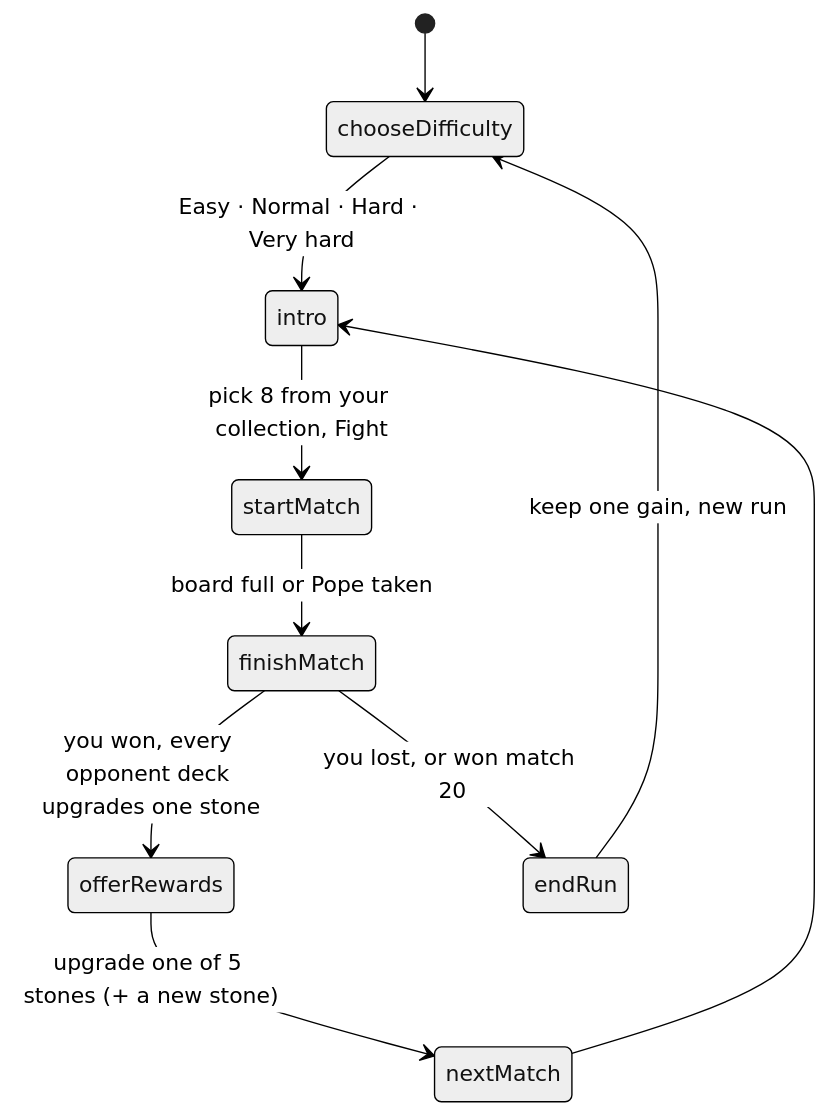
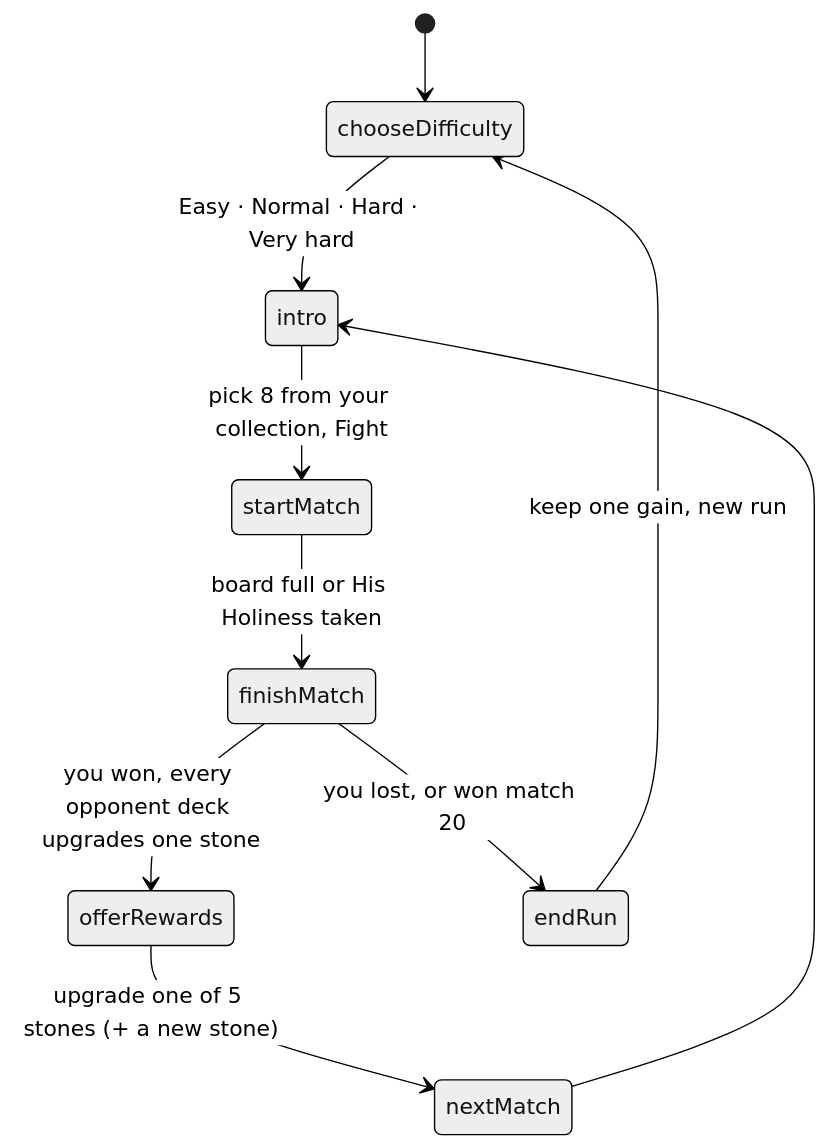
The eighth of 8 diagrams in README.md (louisvandenbruwaene/rook-like), drawn with Mermaid (neutral theme) before and after one commit. The commit also changed other lines of this file and 8 other files, not shown here.

````diff
--- a/README.md
+++ b/README.md
@@ -230,12 +230,12 @@
 ```mermaid
 stateDiagram-v2
     [*] --> chooseDifficulty
     chooseDifficulty --> intro : Easy · Normal · Hard · Very hard
     intro --> startMatch : pick 8 from your collection, Fight
-    startMatch --> finishMatch : board full or Pope taken
+    startMatch --> finishMatch : board full or His Holiness taken
     finishMatch --> offerRewards : you won, every opponent deck upgrades one stone
     offerRewards --> nextMatch : upgrade one of 5 stones (+ a new stone)
     nextMatch --> intro
     finishMatch --> endRun : you lost, or won match 20
     endRun --> chooseDifficulty : keep one gain, new run
 ```
````
